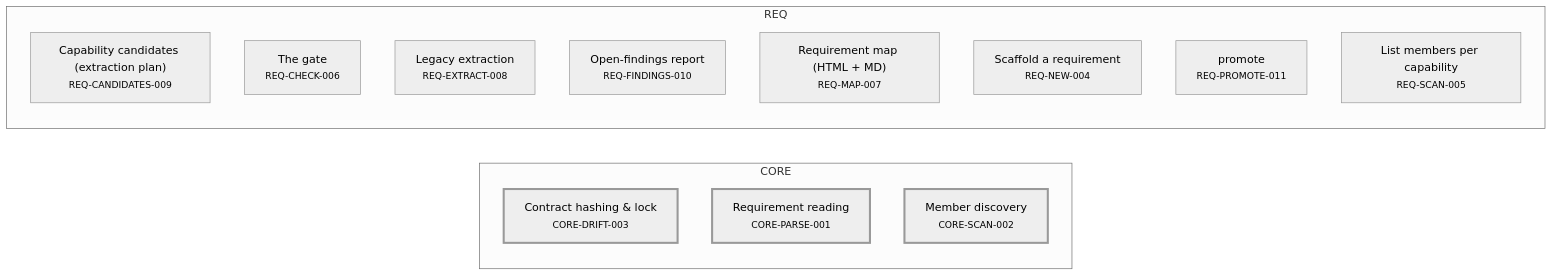
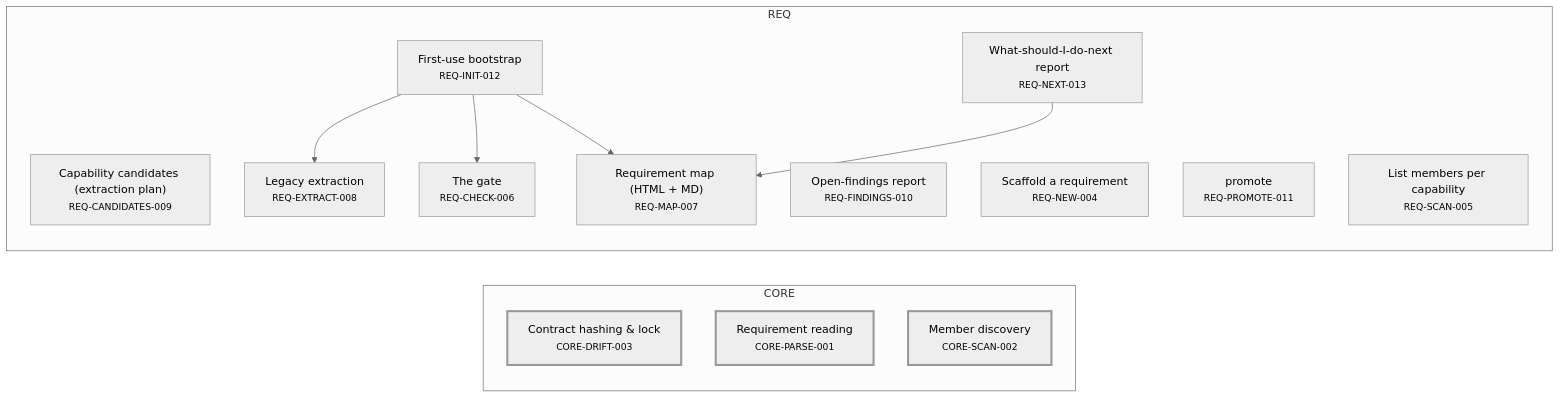
One commit to alxmax/Requirement-manager changed the first of 4 diagrams in plugin/requirements/_map.md. Above: the diagram before and after it, drawn with Mermaid (neutral theme). The commit also changed other lines of this file and 12 other files, not shown here.

First line of the commit message:
feat: add init + next commands with focused post-init UX (1.6.0)

````diff
--- a/plugin/requirements/_map.md
+++ b/plugin/requirements/_map.md
@@ -13,21 +13,27 @@
 ```mermaid
 graph LR
   subgraph sg_CORE["CORE"]
     CORE_DRIFT_003["Contract hashing & lock<br><small>CORE-DRIFT-003</small>"]
     CORE_PARSE_001["Requirement reading<br><small>CORE-PARSE-001</small>"]
     CORE_SCAN_002["Member discovery<br><small>CORE-SCAN-002</small>"]
   end
   subgraph sg_REQ["REQ"]
     REQ_CANDIDATES_009["Capability candidates (extraction plan)<br><small>REQ-CANDIDATES-009</small>"]
     REQ_CHECK_006["The gate<br><small>REQ-CHECK-006</small>"]
     REQ_EXTRACT_008["Legacy extraction<br><small>REQ-EXTRACT-008</small>"]
     REQ_FINDINGS_010["Open-findings report<br><small>REQ-FINDINGS-010</small>"]
+    REQ_INIT_012["First-use bootstrap<br><small>REQ-INIT-012</small>"]
     REQ_MAP_007["Requirement map (HTML + MD)<br><small>REQ-MAP-007</small>"]
     REQ_NEW_004["Scaffold a requirement<br><small>REQ-NEW-004</small>"]
+    REQ_NEXT_013["What-should-I-do-next report<br><small>REQ-NEXT-013</small>"]
     REQ_PROMOTE_011["promote<br><small>REQ-PROMOTE-011</small>"]
     REQ_SCAN_005["List members per capability<br><small>REQ-SCAN-005</small>"]
   end
+  REQ_INIT_012 --> REQ_EXTRACT_008
+  REQ_INIT_012 --> REQ_CHECK_006
+  REQ_INIT_012 --> REQ_MAP_007
+  REQ_NEXT_013 --> REQ_MAP_007
   style CORE_DRIFT_003 stroke-width:3px
   style CORE_PARSE_001 stroke-width:3px
   style CORE_SCAN_002 stroke-width:3px
 ```
````
